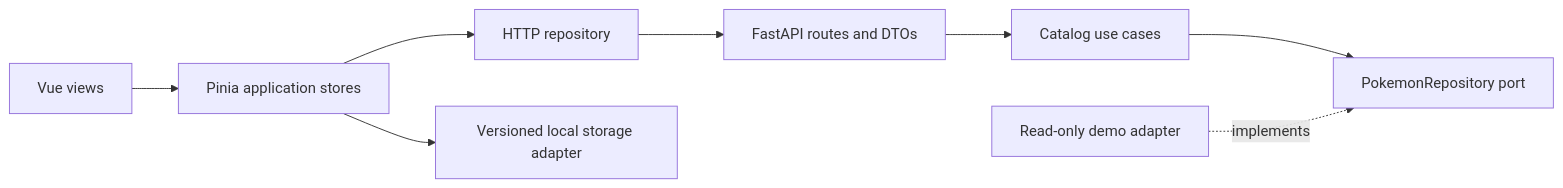
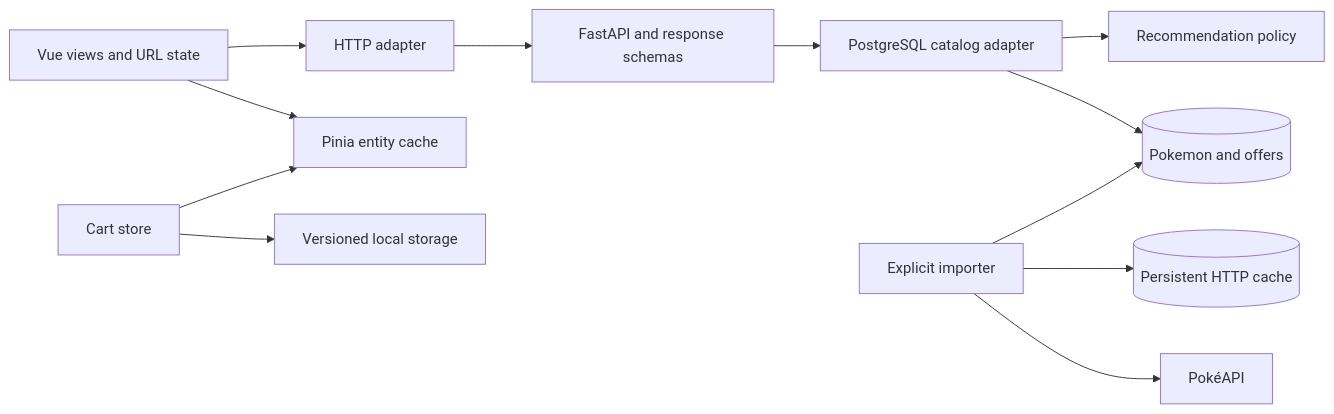
The diagram in README.md (kevin0018/PokeShop), drawn with Mermaid before and after one commit. The commit also changed other lines of this file and 4 other files, not shown here.

````diff
--- a/README.md
+++ b/README.md
@@ -47,10 +71,14 @@
 ```mermaid
 flowchart LR
-  UI[Vue views] --> Stores[Pinia application stores]
-  Stores --> HTTP[HTTP repository]
-  HTTP --> API[FastAPI routes and DTOs]
-  API --> Catalog[Catalog use cases]
-  Catalog --> Port[PokemonRepository port]
-  Demo[Read-only demo adapter] -. implements .-> Port
-  Stores --> Storage[Versioned local storage adapter]
+  Views[Vue views and URL state] --> HTTP[HTTP adapter]
+  Views --> Entities[Pinia entity cache]
+  Cart[Cart store] --> Entities
+  Cart --> Storage[Versioned local storage]
+  HTTP --> API[FastAPI and response schemas]
+  API --> PG[PostgreSQL catalog adapter]
+  PG --> Policy[Recommendation policy]
+  PG --> DB[(Pokemon and offers)]
+  Sync[Explicit importer] --> Cache[(Persistent HTTP cache)]
+  Sync --> PokeAPI[PokéAPI]
+  Sync --> DB
 ```
````
